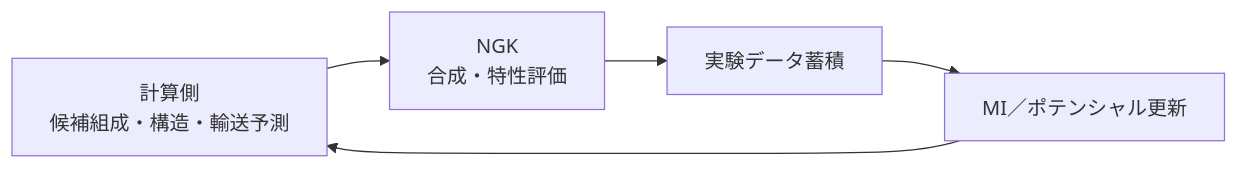
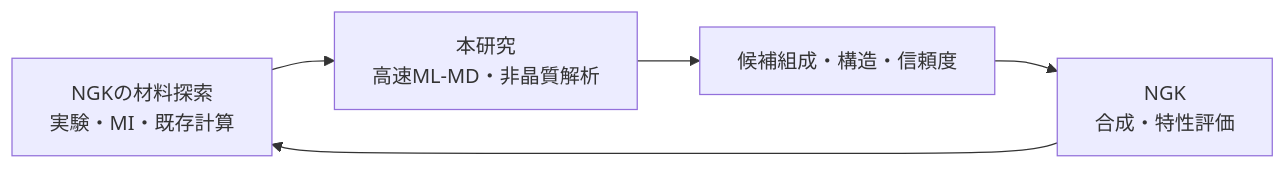
The first of 3 diagrams in docs/presentations/pretrained_potential_screening_proposal_7min_ja.md (Long-Brian-Yang/li-research), drawn with Mermaid before and after one commit. The commit also changed other lines of this file, not shown here.

````diff
--- a/docs/presentations/pretrained_potential_screening_proposal_7min_ja.md
+++ b/docs/presentations/pretrained_potential_screening_proposal_7min_ja.md
@@ -13,7 +47,7 @@
 ```mermaid
 flowchart LR
-    A[計算側<br/>候補組成・構造・輸送予測] --> B[NGK<br/>合成・特性評価]
-    B --> C[実験データ蓄積]
-    C --> D[MI／ポテンシャル更新]
+    A[NGKの材料探索<br/>実験・MI・既存計算] --> B[本研究<br/>高速ML-MD・非晶質解析]
+    B --> C[候補組成・構造・信頼度]
+    C --> D[NGK<br/>合成・特性評価]
     D --> A
 ```
````
